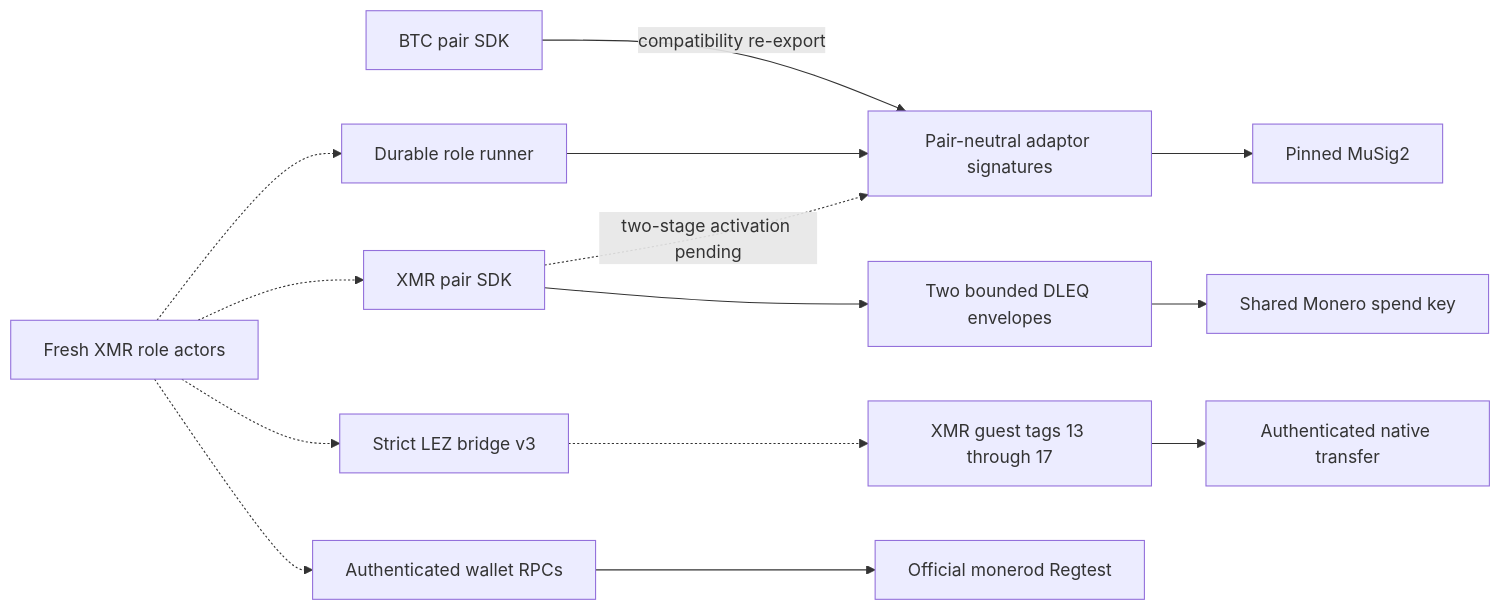
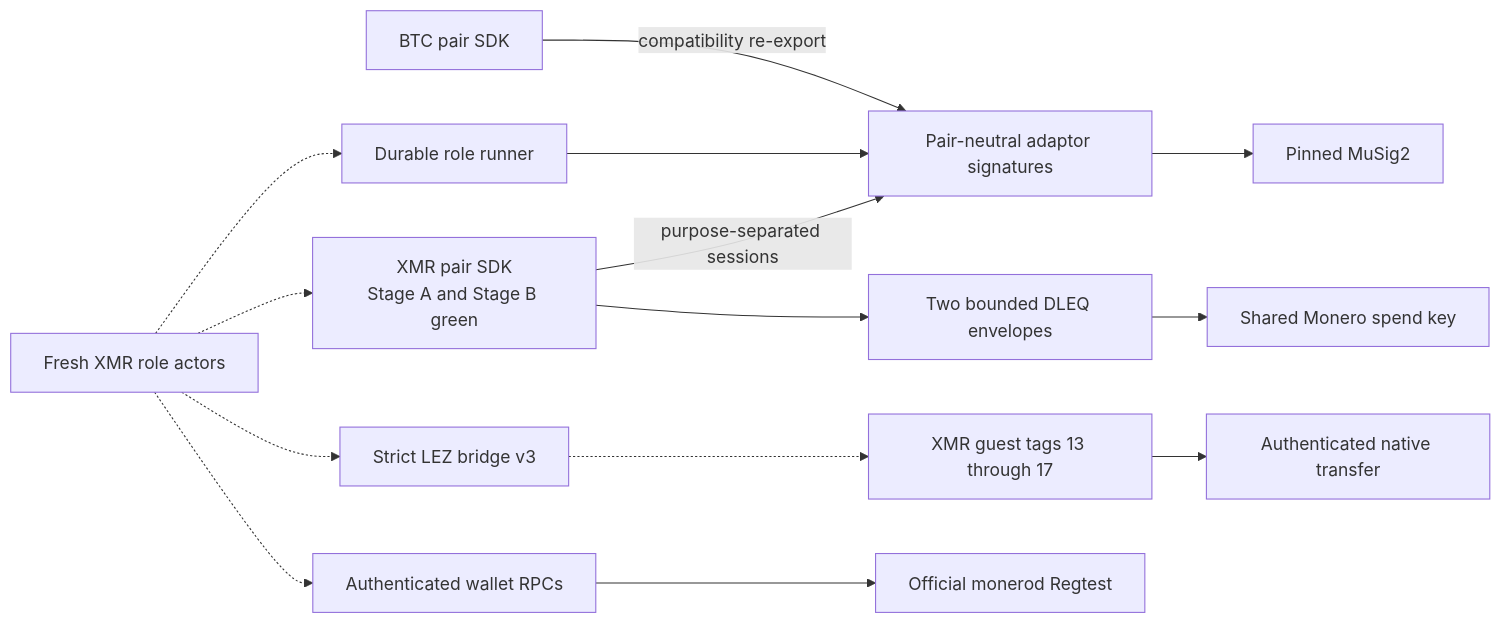
Before and after one commit to gateway-fm/lez-atomic-swaps: diagram 20 of 26 in docs/architecture/system-architecture.md, drawn with Mermaid. The commit also changed other lines of this file and 13 other files, not shown here.

Commit message:
feat(m4): activate XMR swaps in two stages

````diff
--- a/docs/architecture/system-architecture.md
+++ b/docs/architecture/system-architecture.md
@@ -2115,16 +2116,16 @@
 ```mermaid
 flowchart LR
     BtcSdk["BTC pair SDK"] -->|compatibility re-export| Adaptor["Pair-neutral adaptor signatures"]
-    XmrSdk["XMR pair SDK"] -.->|two-stage activation pending| Adaptor
+    XmrSdk["XMR pair SDK<br/>Stage A and Stage B green"] -->|purpose-separated sessions| Adaptor
     RoleRunner["Durable role runner"] --> Adaptor
     Adaptor --> Musig["Pinned MuSig2"]
     XmrSdk --> Dleq["Two bounded DLEQ envelopes"]
     Dleq --> SharedKey["Shared Monero spend key"]
     XmrActor["Fresh XMR role actors"] -.-> RoleRunner
     XmrActor -.-> XmrSdk
     XmrActor -.-> Bridge["Strict LEZ bridge v3"]
     Bridge -.-> Guest["XMR guest tags 13 through 17"]
     Guest --> Transfer["Authenticated native transfer"]
     XmrActor -.-> WalletRpc["Authenticated wallet RPCs"]
     WalletRpc --> Monerod["Official monerod Regtest"]
 ```
````
